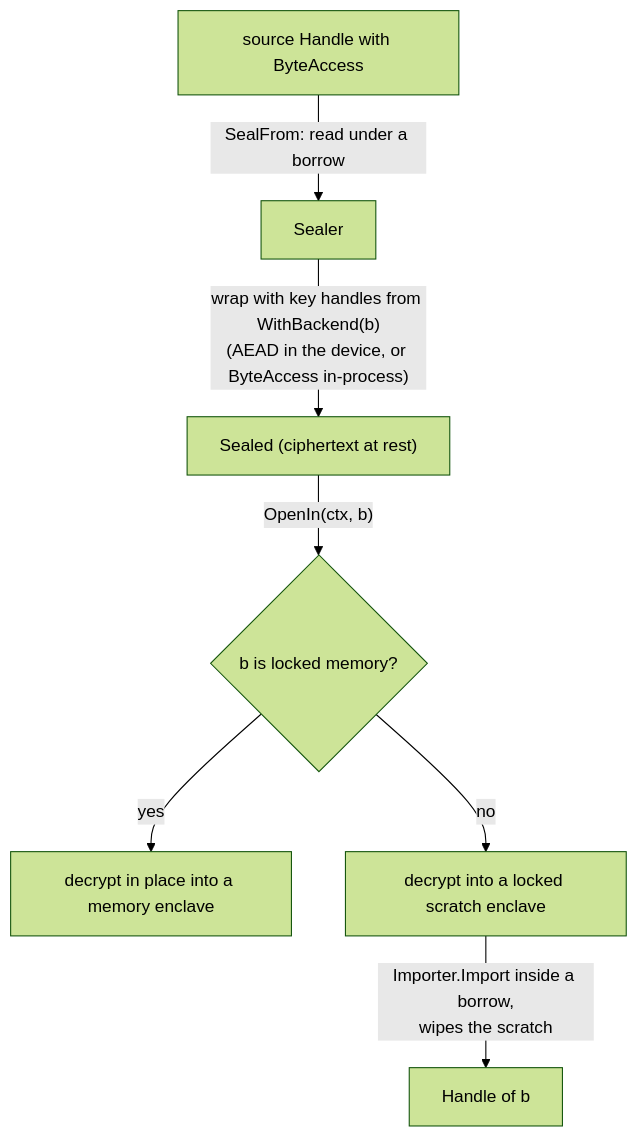
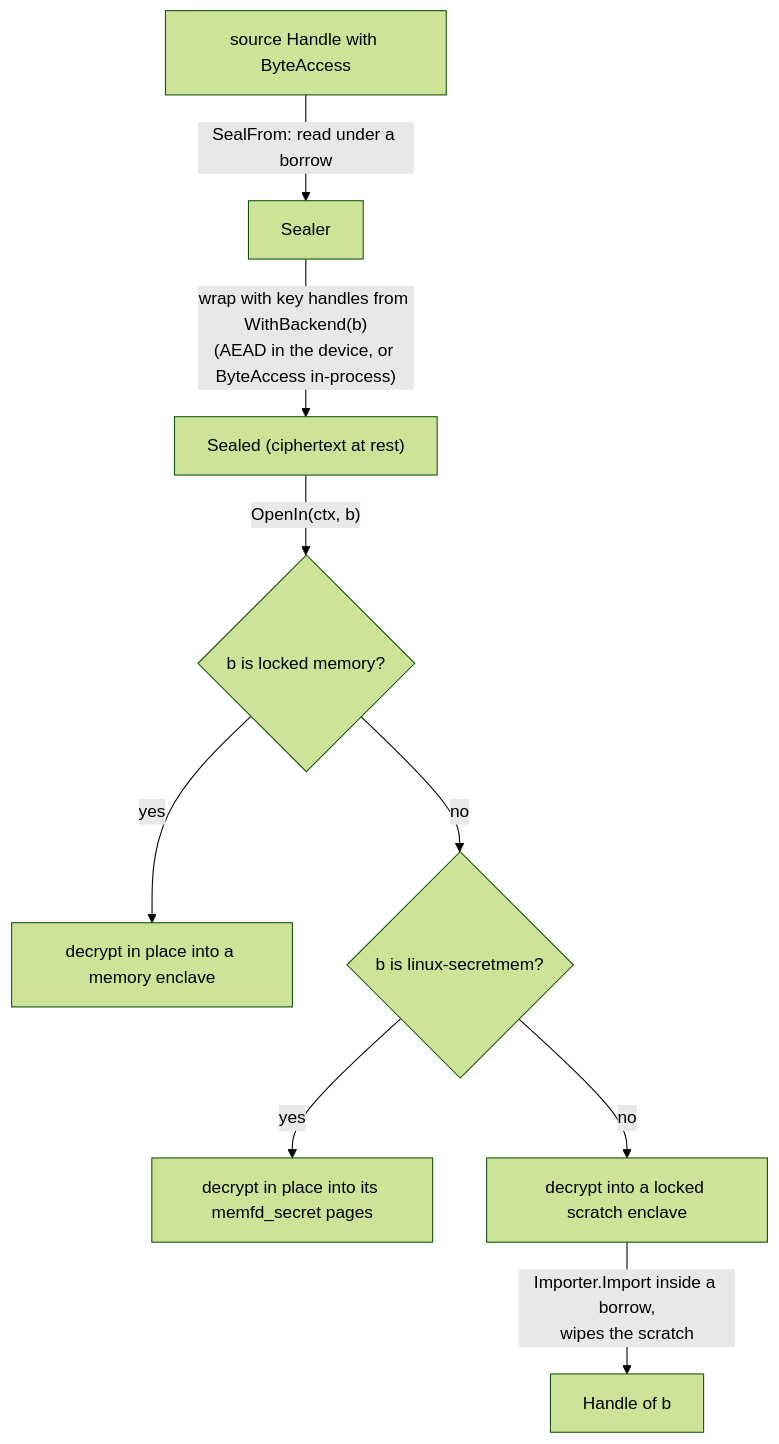
One commit to jeremyhahn/go-enclave changed the third of 4 diagrams in docs/backends/architecture.md. Above: the diagram before and after it, drawn with Mermaid (forest theme). The commit also changed other lines of this file and 16 other files, not shown here.

Commit message:
feat: Sealed.OpenIn decrypts straight into secretmem pages (#270)

````diff
--- a/docs/backends/architecture.md
+++ b/docs/backends/architecture.md
@@ -487,9 +490,11 @@
 ```mermaid
 flowchart TD
   H["source Handle with ByteAccess"] -->|"SealFrom: read under a borrow"| SL["Sealer"]
   SL -->|"wrap with key handles from WithBackend(b)<br/>(AEAD in the device, or ByteAccess in-process)"| SV["Sealed (ciphertext at rest)"]
   SV -->|"OpenIn(ctx, b)"| D{"b is locked memory?"}
   D -- yes --> LM["decrypt in place into a memory enclave"]
-  D -- no --> SC["decrypt into a locked scratch enclave"]
+  D -- no --> R{"b is linux-secretmem?"}
+  R -- yes --> SM["decrypt in place into its memfd_secret pages"]
+  R -- no --> SC["decrypt into a locked scratch enclave"]
   SC -->|"Importer.Import inside a borrow,<br/>wipes the scratch"| BH["Handle of b"]
 ```
````
